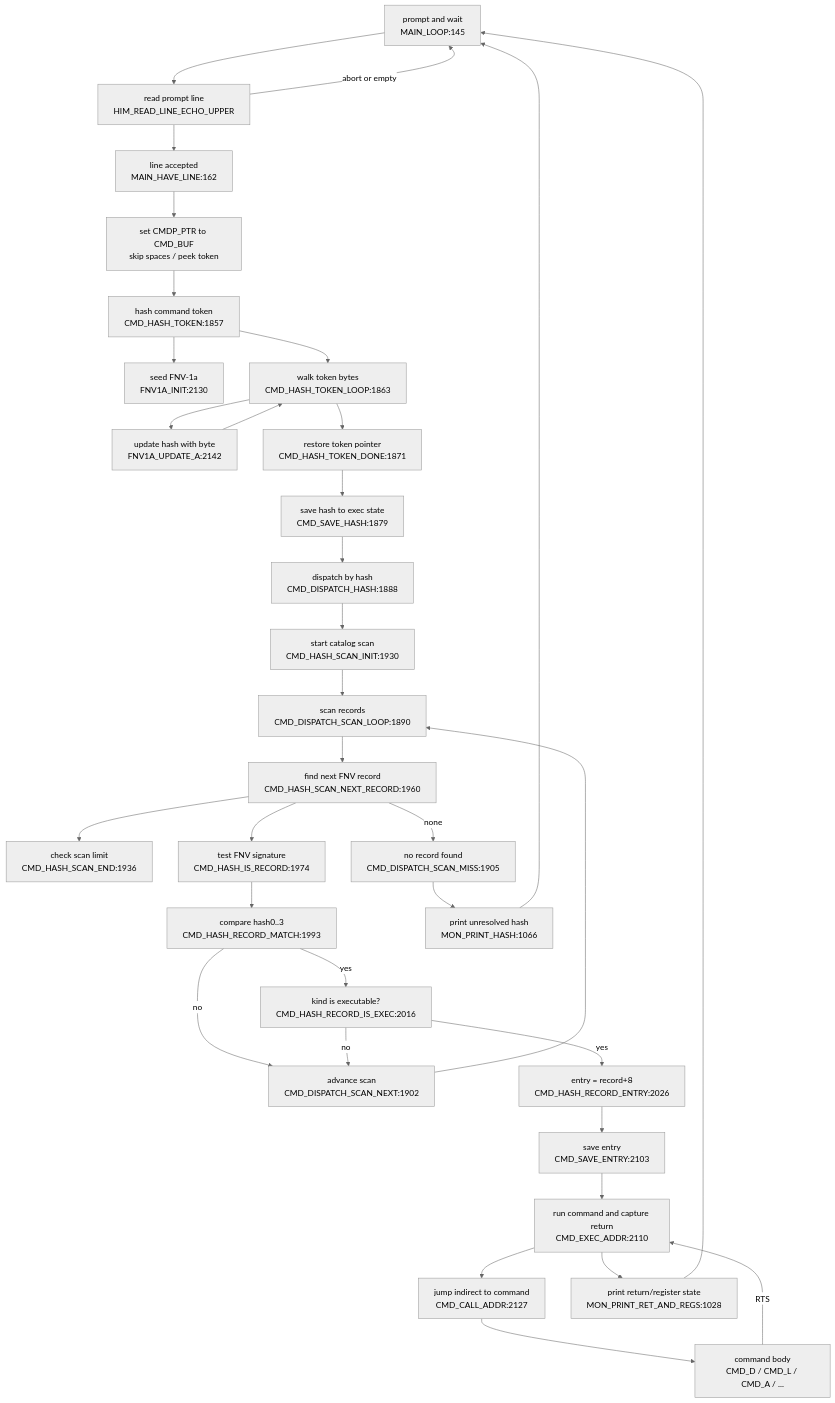
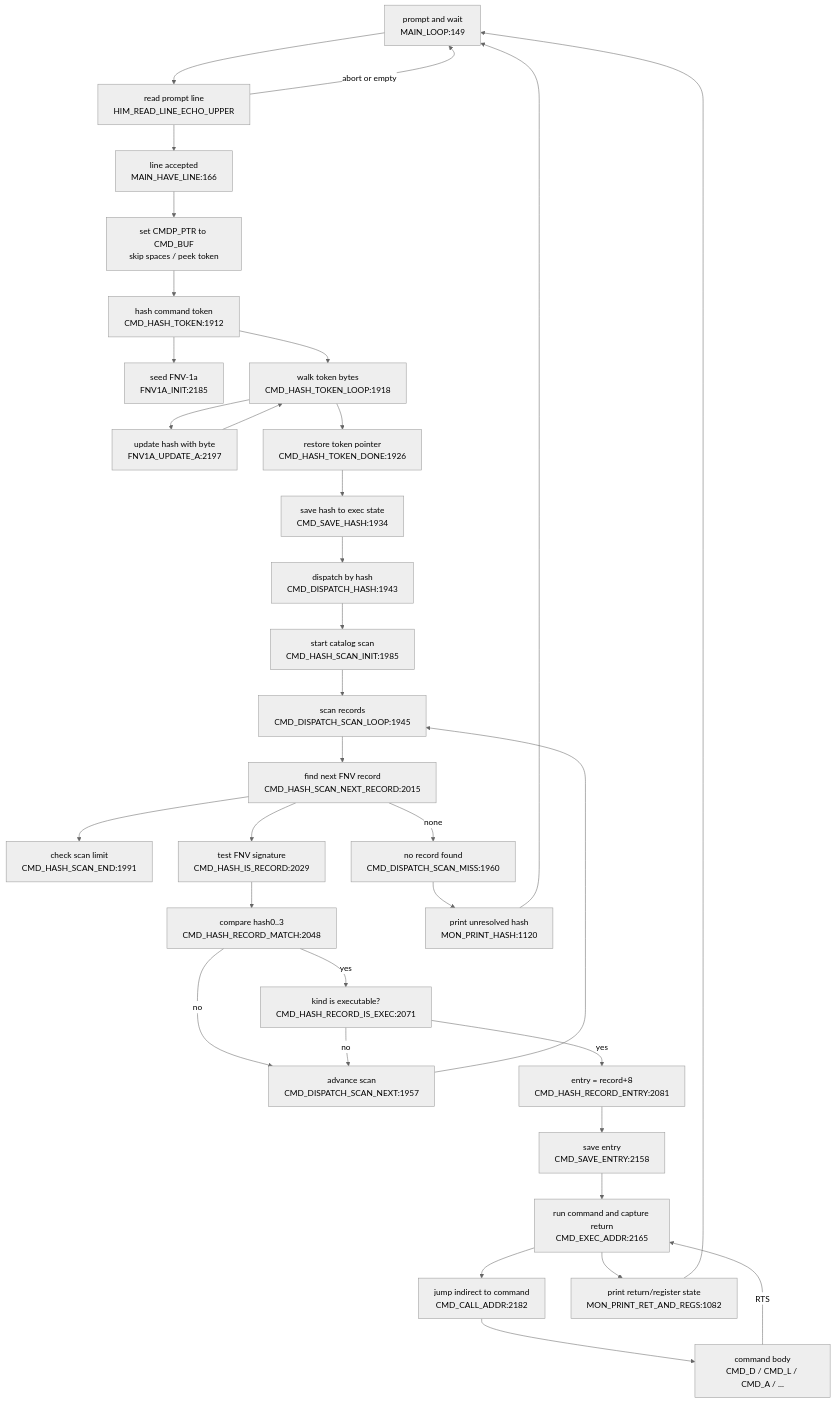
One commit to 95westus/R-YORS changed the diagram in DOC/GENERATED/CMD_FLOW_MAP.md. Above: the diagram before and after it, drawn with Mermaid (neutral theme). The commit also changed other lines of this file and 39 other files, not shown here.

````diff
--- a/DOC/GENERATED/CMD_FLOW_MAP.md
+++ b/DOC/GENERATED/CMD_FLOW_MAP.md
@@ -10,36 +10,36 @@
 ```mermaid
 flowchart TD
-    LOOP["prompt and wait<br/>MAIN_LOOP:145"] --> READ["read prompt line<br/>HIM_READ_LINE_ECHO_UPPER"]
-    READ --> HAVE["line accepted<br/>MAIN_HAVE_LINE:162"]
+    LOOP["prompt and wait<br/>MAIN_LOOP:149"] --> READ["read prompt line<br/>HIM_READ_LINE_ECHO_UPPER"]
+    READ --> HAVE["line accepted<br/>MAIN_HAVE_LINE:166"]
     READ -->|abort or empty| LOOP
     HAVE --> PREP["set CMDP_PTR to CMD_BUF<br/>skip spaces / peek token"]
-    PREP --> HASH["hash command token<br/>CMD_HASH_TOKEN:1857"]
-    HASH --> FNVINIT["seed FNV-1a<br/>FNV1A_INIT:2130"]
-    HASH --> HASHLOOP["walk token bytes<br/>CMD_HASH_TOKEN_LOOP:1863"]
-    HASHLOOP --> UPDATE["update hash with byte<br/>FNV1A_UPDATE_A:2142"]
+    PREP --> HASH["hash command token<br/>CMD_HASH_TOKEN:1912"]
+    HASH --> FNVINIT["seed FNV-1a<br/>FNV1A_INIT:2185"]
+    HASH --> HASHLOOP["walk token bytes<br/>CMD_HASH_TOKEN_LOOP:1918"]
+    HASHLOOP --> UPDATE["update hash with byte<br/>FNV1A_UPDATE_A:2197"]
     UPDATE --> HASHLOOP
-    HASHLOOP --> DONE["restore token pointer<br/>CMD_HASH_TOKEN_DONE:1871"]
-    DONE --> SAVEHASH["save hash to exec state<br/>CMD_SAVE_HASH:1879"]
-    SAVEHASH --> DISPATCH["dispatch by hash<br/>CMD_DISPATCH_HASH:1888"]
-    DISPATCH --> SCANINIT["start catalog scan<br/>CMD_HASH_SCAN_INIT:1930"]
-    SCANINIT --> SCANLOOP["scan records<br/>CMD_DISPATCH_SCAN_LOOP:1890"]
-    SCANLOOP --> NEXTREC["find next FNV record<br/>CMD_HASH_SCAN_NEXT_RECORD:1960"]
-    NEXTREC --> ENDCHK["check scan limit<br/>CMD_HASH_SCAN_END:1936"]
-    NEXTREC --> ISREC["test FNV signature<br/>CMD_HASH_IS_RECORD:1974"]
-    NEXTREC -->|none| MISS["no record found<br/>CMD_DISPATCH_SCAN_MISS:1905"]
-    ISREC --> MATCH["compare hash0..3<br/>CMD_HASH_RECORD_MATCH:1993"]
-    MATCH -->|no| ADV["advance scan<br/>CMD_DISPATCH_SCAN_NEXT:1902"]
+    HASHLOOP --> DONE["restore token pointer<br/>CMD_HASH_TOKEN_DONE:1926"]
+    DONE --> SAVEHASH["save hash to exec state<br/>CMD_SAVE_HASH:1934"]
+    SAVEHASH --> DISPATCH["dispatch by hash<br/>CMD_DISPATCH_HASH:1943"]
+    DISPATCH --> SCANINIT["start catalog scan<br/>CMD_HASH_SCAN_INIT:1985"]
+    SCANINIT --> SCANLOOP["scan records<br/>CMD_DISPATCH_SCAN_LOOP:1945"]
+    SCANLOOP --> NEXTREC["find next FNV record<br/>CMD_HASH_SCAN_NEXT_RECORD:2015"]
+    NEXTREC --> ENDCHK["check scan limit<br/>CMD_HASH_SCAN_END:1991"]
+    NEXTREC --> ISREC["test FNV signature<br/>CMD_HASH_IS_RECORD:2029"]
+    NEXTREC -->|none| MISS["no record found<br/>CMD_DISPATCH_SCAN_MISS:1960"]
+    ISREC --> MATCH["compare hash0..3<br/>CMD_HASH_RECORD_MATCH:2048"]
+    MATCH -->|no| ADV["advance scan<br/>CMD_DISPATCH_SCAN_NEXT:1957"]
     ADV --> SCANLOOP
-    MATCH -->|yes| EXECOK["kind is executable?<br/>CMD_HASH_RECORD_IS_EXEC:2016"]
+    MATCH -->|yes| EXECOK["kind is executable?<br/>CMD_HASH_RECORD_IS_EXEC:2071"]
     EXECOK -->|no| ADV
-    EXECOK -->|yes| ENTRY["entry = record+8<br/>CMD_HASH_RECORD_ENTRY:2026"]
-    ENTRY --> SAVEENTRY["save entry<br/>CMD_SAVE_ENTRY:2103"]
-    SAVEENTRY --> RUN["run command and capture return<br/>CMD_EXEC_ADDR:2110"]
-    RUN --> CALL["jump indirect to command<br/>CMD_CALL_ADDR:2127"]
+    EXECOK -->|yes| ENTRY["entry = record+8<br/>CMD_HASH_RECORD_ENTRY:2081"]
+    ENTRY --> SAVEENTRY["save entry<br/>CMD_SAVE_ENTRY:2158"]
+    SAVEENTRY --> RUN["run command and capture return<br/>CMD_EXEC_ADDR:2165"]
+    RUN --> CALL["jump indirect to command<br/>CMD_CALL_ADDR:2182"]
     CALL --> BODY["command body<br/>CMD_D / CMD_L / CMD_A / ..."]
     BODY -->|RTS| RUN
-    RUN --> RETPRINT["print return/register state<br/>MON_PRINT_RET_AND_REGS:1028"]
+    RUN --> RETPRINT["print return/register state<br/>MON_PRINT_RET_AND_REGS:1082"]
     RETPRINT --> LOOP
-    MISS --> PRHASH["print unresolved hash<br/>MON_PRINT_HASH:1066"]
+    MISS --> PRHASH["print unresolved hash<br/>MON_PRINT_HASH:1120"]
     PRHASH --> LOOP
 ```
````
